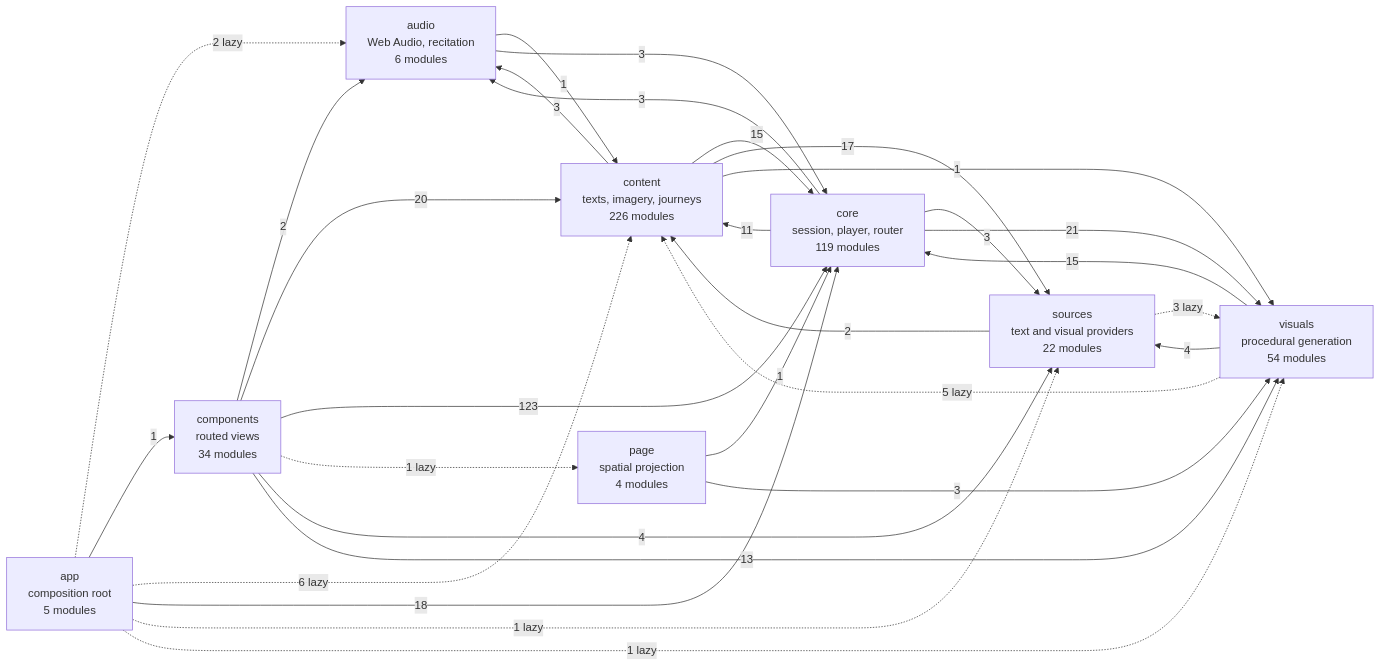
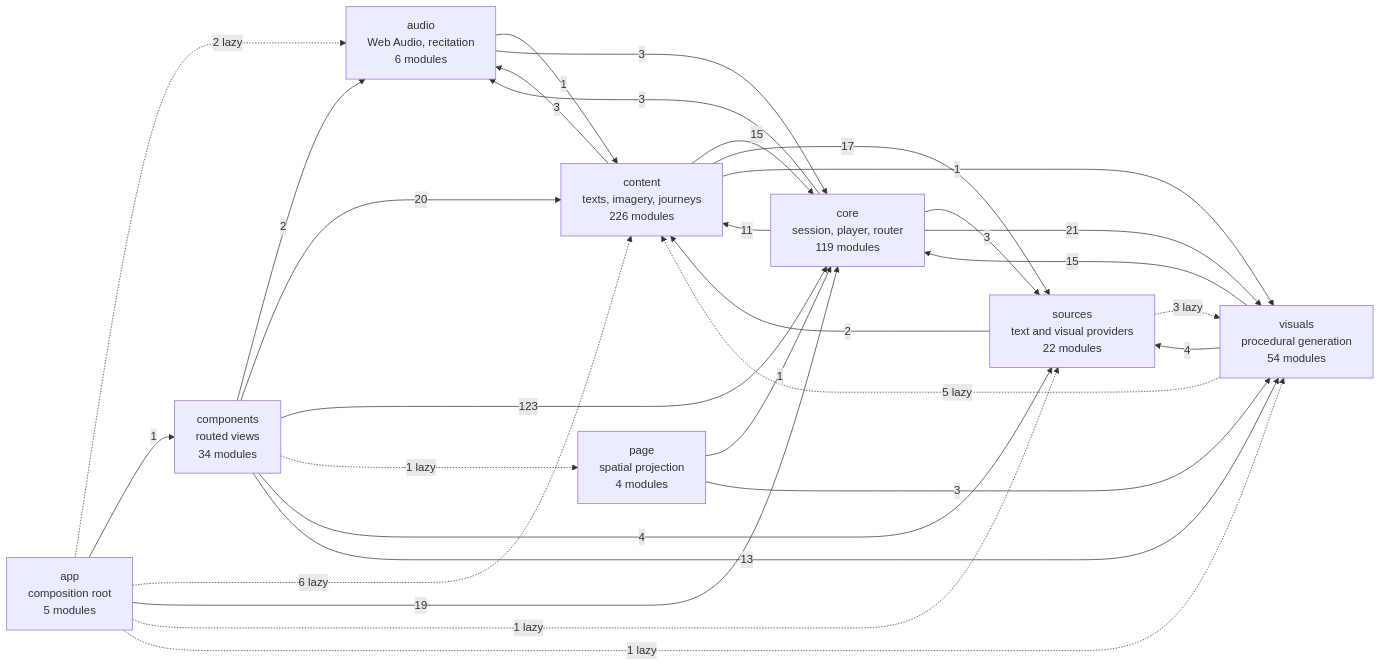
The diagram in docs/specs/ARCHITECTURE.md (SyberLabs/RISE), drawn with Mermaid before and after one commit. The commit also changed 4 other files, not shown here.

````diff
--- a/docs/specs/ARCHITECTURE.md
+++ b/docs/specs/ARCHITECTURE.md
@@ -149,41 +149,41 @@
 ```mermaid
 flowchart LR
     app["app<br/>composition root<br/>5 modules"]
     audio["audio<br/>Web Audio, recitation<br/>6 modules"]
     components["components<br/>routed views<br/>34 modules"]
     content["content<br/>texts, imagery, journeys<br/>226 modules"]
     core["core<br/>session, player, router<br/>119 modules"]
     page["page<br/>spatial projection<br/>4 modules"]
     sources["sources<br/>text and visual providers<br/>22 modules"]
     visuals["visuals<br/>procedural generation<br/>54 modules"]
 
     app -.-> |2 lazy| audio
     app --> |1| components
     app -.-> |6 lazy| content
-    app --> |18| core
+    app --> |19| core
     app -.-> |1 lazy| sources
     app -.-> |1 lazy| visuals
     audio --> |1| content
     audio --> |3| core
     components --> |2| audio
     components --> |20| content
     components --> |123| core
     components -.-> |1 lazy| page
     components --> |4| sources
     components --> |13| visuals
     content --> |3| audio
     content --> |15| core
     content --> |17| sources
     content --> |1| visuals
     core --> |3| audio
     core --> |11| content
     core --> |3| sources
     core --> |21| visuals
     page --> |1| core
     page --> |3| visuals
     sources --> |2| content
     sources -.-> |3 lazy| visuals
     visuals -.-> |5 lazy| content
     visuals --> |15| core
     visuals --> |4| sources
 ```
````
